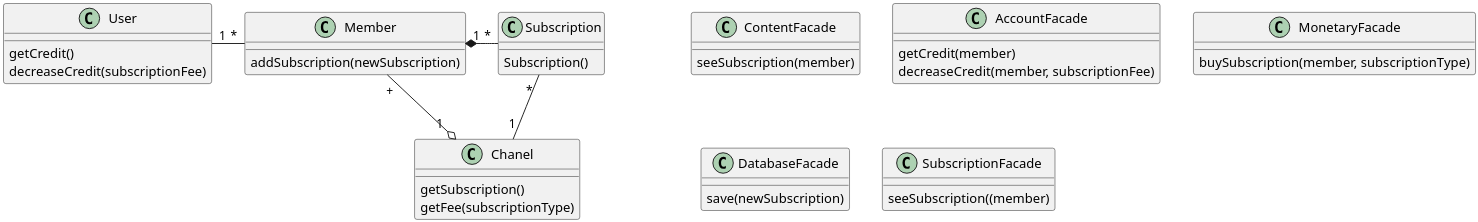
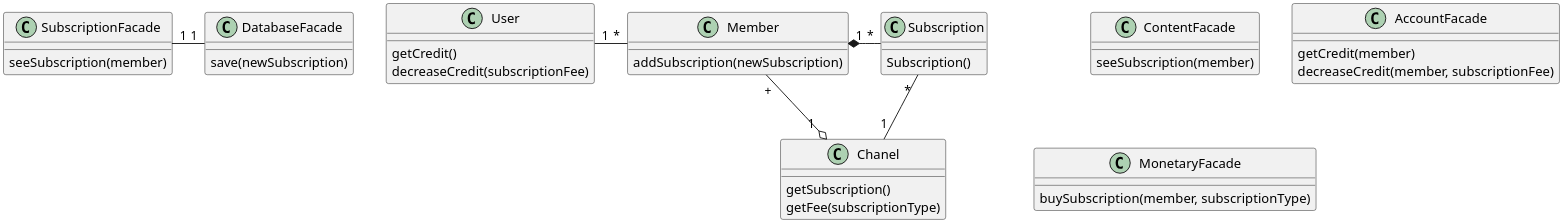
The diagram in Diagrams/Design Class/BuySubscription.puml (soleyman79/Qasedak), drawn with PlantUML before and after one commit.

Commit message:
update Design class: BuySubscription

```diff
--- a/Diagrams/Design Class/BuySubscription.puml
+++ b/Diagrams/Design Class/BuySubscription.puml
@@ -1,51 +1,52 @@
 @startuml buy_subscription
 
 scale 3
 skinparam DefaultFontName B Nazanin
 skinparam ArrowMessageAlignment right
 
 class "Subscription" as subscription {
     Subscription()
 }
 
 class "Chanel" as chanel {
     getSubscription()
     getFee(subscriptionType)
 }
 
 class "Member" as member {
     addSubscription(newSubscription)
 }
 
 class "User" as user {
     getCredit()
     decreaseCredit(subscriptionFee)
 }
 
 class "ContentFacade" {
     seeSubscription(member)
 }
 
 class "AccountFacade" {
     getCredit(member)
     decreaseCredit(member, subscriptionFee)
 }
 
 class "MonetaryFacade" {
     buySubscription(member, subscriptionType)
 }
 
 class "DatabaseFacade" {
     save(newSubscription)
 }
 
 class "SubscriptionFacade" {
-    seeSubscription((member)
+    seeSubscription(member)
 }
 
 subscription "              *" -down- "1" chanel
 chanel "                    1" o-up- "+" member
 member "1" *-right- "*" subscription
 member "*" -left- "1" user
+DatabaseFacade "1" -left- "1" SubscriptionFacade
 
 @enduml
```
